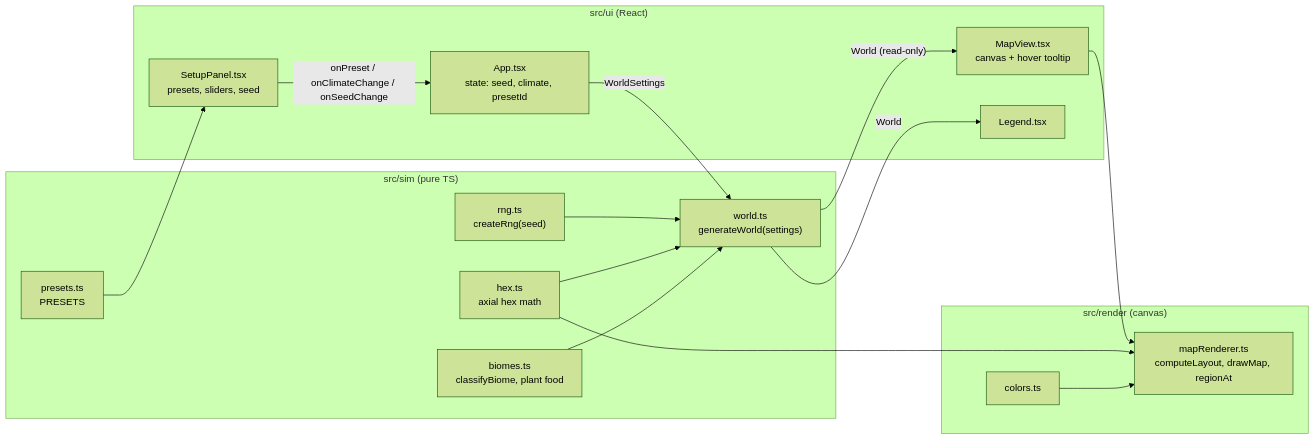
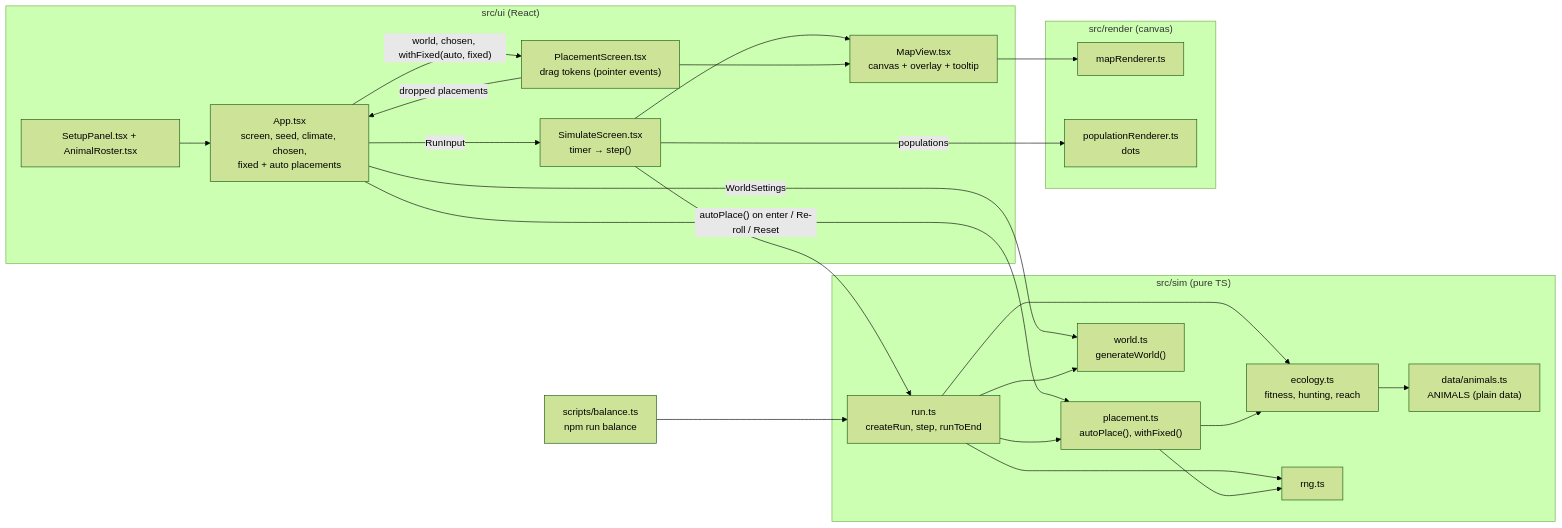
Before and after one commit to sumitbsp/thousand-years-later: the diagram in FLOW.md, drawn with Mermaid (forest theme). The commit also changed other lines of this file and 2 other files, not shown here.

First line of the commit message:
Docs: step 2 flow and decisions

````diff
--- a/FLOW.md
+++ b/FLOW.md
@@ -20,32 +20,43 @@
 ```mermaid
 flowchart LR
   subgraph ui["src/ui (React)"]
-    App["App.tsx<br/>state: seed, climate, presetId"]
-    Setup["SetupPanel.tsx<br/>presets, sliders, seed"]
-    MapView["MapView.tsx<br/>canvas + hover tooltip"]
-    Legend["Legend.tsx"]
+    App["App.tsx<br/>screen, seed, climate, chosen,<br/>fixed + auto placements"]
+    Setup["SetupPanel.tsx + AnimalRoster.tsx"]
+    Place["PlacementScreen.tsx<br/>drag tokens (pointer events)"]
+    Sim["SimulateScreen.tsx<br/>timer → step()"]
+    MapView["MapView.tsx<br/>canvas + overlay + tooltip"]
   end
   subgraph sim["src/sim (pure TS)"]
-    Presets["presets.ts<br/>PRESETS"]
-    Gen["world.ts<br/>generateWorld(settings)"]
-    Rng["rng.ts<br/>createRng(seed)"]
-    Hex["hex.ts<br/>axial hex math"]
-    Biomes["biomes.ts<br/>classifyBiome, plant food"]
+    Data["data/animals.ts<br/>ANIMALS (plain data)"]
+    Eco["ecology.ts<br/>fitness, hunting, reach"]
+    Placement["placement.ts<br/>autoPlace(), withFixed()"]
+    Run["run.ts<br/>createRun, step, runToEnd"]
+    Gen["world.ts<br/>generateWorld()"]
+    Rng["rng.ts"]
   end
   subgraph render["src/render (canvas)"]
-    Renderer["mapRenderer.ts<br/>computeLayout, drawMap, regionAt"]
-    Colors["colors.ts"]
+    Renderer["mapRenderer.ts"]
+    Pops["populationRenderer.ts<br/>dots"]
   end
+  Balance["scripts/balance.ts<br/>npm run balance"]
 
-  Setup -- "onPreset / onClimateChange / onSeedChange" --> App
-  Presets --> Setup
+  Setup --> App
   App -- "WorldSettings" --> Gen
-  Rng --> Gen
-  Hex --> Gen
-  Biomes --> Gen
-  Gen -- "World (read-only)" --> MapView
-  Gen -- "World" --> Legend
+  App -- "autoPlace() on enter / Re-roll / Reset" --> Placement
+  App -- "world, chosen, withFixed(auto, fixed)" --> Place
+  Place -- "dropped placements" --> App
+  App -- "RunInput" --> Sim
+  Sim --> Run
+  Run --> Gen
+  Run --> Placement
+  Run --> Eco
+  Eco --> Data
+  Placement --> Eco
+  Run --> Rng
+  Placement --> Rng
+  Sim --> MapView
+  Place --> MapView
   MapView --> Renderer
-  Hex --> Renderer
-  Colors --> Renderer
+  Sim -- "populations" --> Pops
+  Balance --> Run
 ```
````
